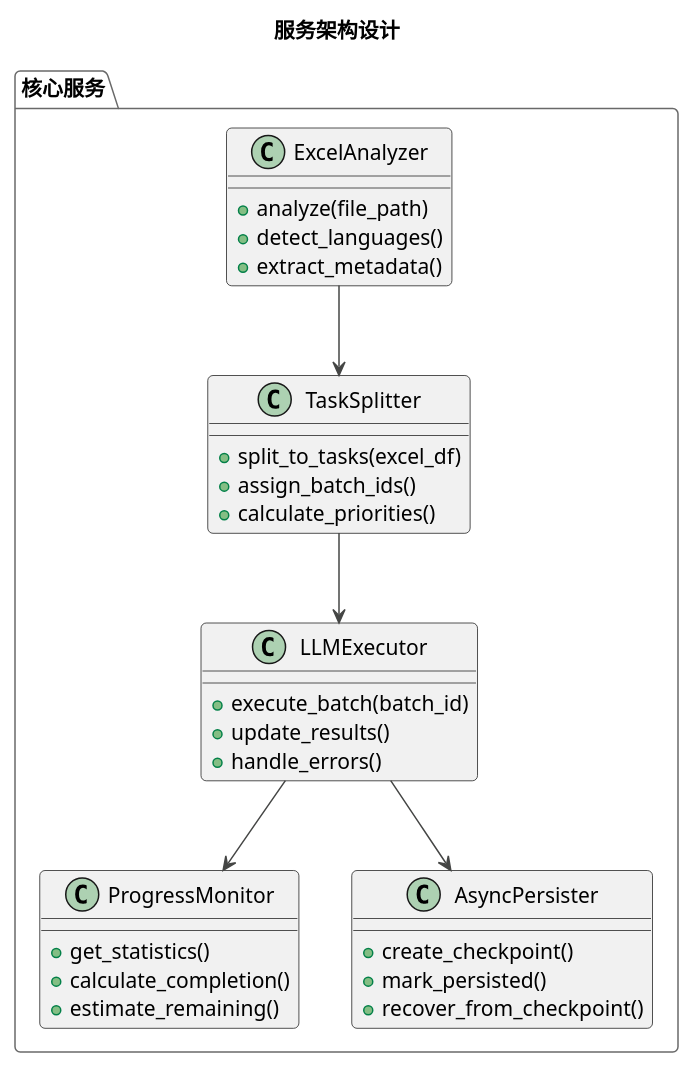
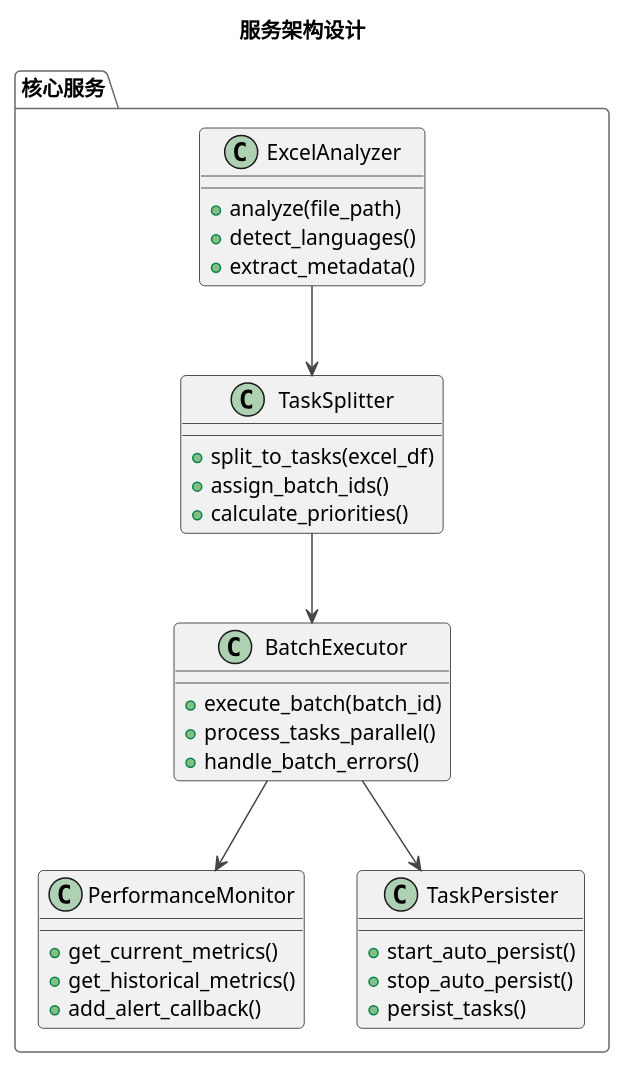
The second of 8 diagrams in translation_system/backend_v2/docs/系统设计方案_v3.md (aixier/trans-excel), drawn with PlantUML before and after one commit. The commit also changed other lines of this file and 13 other files, not shown here.

````diff
--- a/translation_system/backend_v2/docs/系统设计方案_v3.md
+++ b/translation_system/backend_v2/docs/系统设计方案_v3.md
@@ -263,44 +280,44 @@
 ```plantuml
 @startuml service_architecture
 !theme vibrant
 title 服务架构设计
 
 package "核心服务" {
     class ExcelAnalyzer {
         + analyze(file_path)
         + detect_languages()
         + extract_metadata()
     }
 
     class TaskSplitter {
         + split_to_tasks(excel_df)
         + assign_batch_ids()
         + calculate_priorities()
     }
 
-    class LLMExecutor {
+    class BatchExecutor {
         + execute_batch(batch_id)
-        + update_results()
-        + handle_errors()
+        + process_tasks_parallel()
+        + handle_batch_errors()
     }
 
-    class ProgressMonitor {
-        + get_statistics()
-        + calculate_completion()
-        + estimate_remaining()
+    class PerformanceMonitor {
+        + get_current_metrics()
+        + get_historical_metrics()
+        + add_alert_callback()
     }
 
-    class AsyncPersister {
-        + create_checkpoint()
-        + mark_persisted()
-        + recover_from_checkpoint()
+    class TaskPersister {
+        + start_auto_persist()
+        + stop_auto_persist()
+        + persist_tasks()
     }
 }
 
 ExcelAnalyzer --> TaskSplitter
-TaskSplitter --> LLMExecutor
-LLMExecutor --> ProgressMonitor
-LLMExecutor --> AsyncPersister
+TaskSplitter --> BatchExecutor
+BatchExecutor --> PerformanceMonitor
+BatchExecutor --> TaskPersister
 
 @enduml
 ```
````
